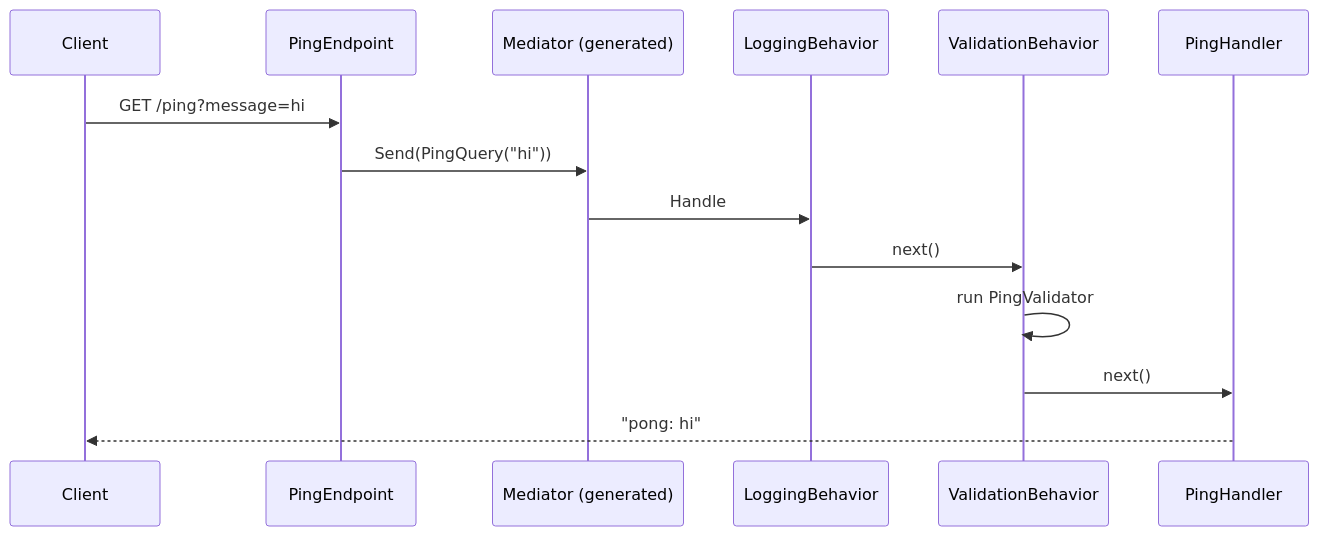
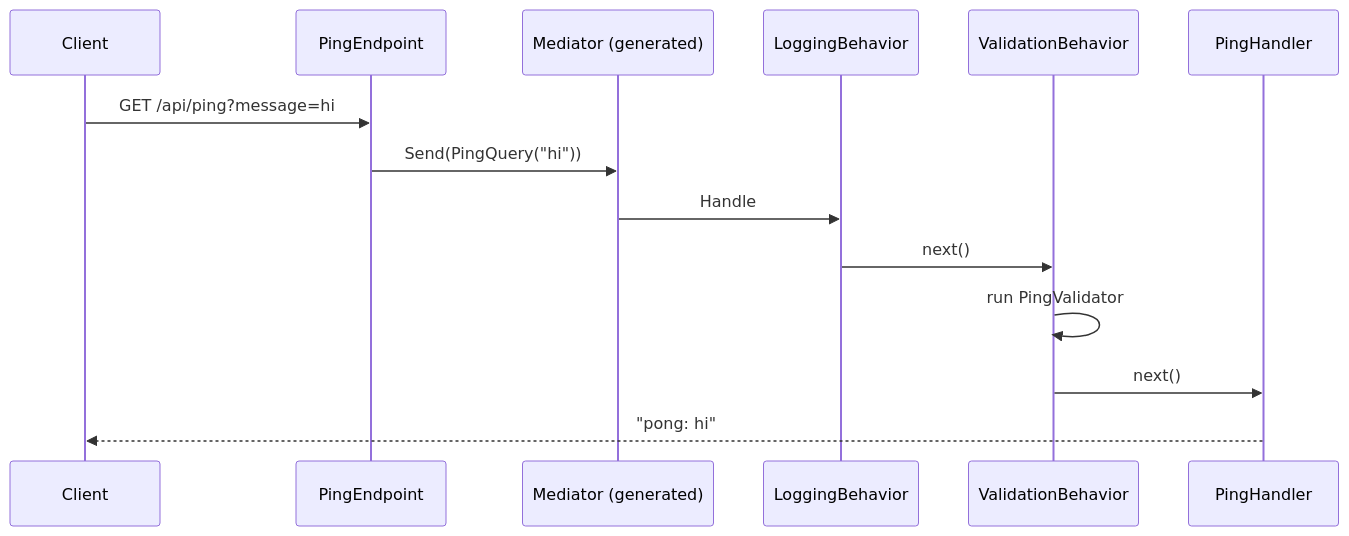
Before and after one commit to Dyastinn/Modular-monolith: the diagram in plan-business-tutorial/02-mediator.md, drawn with Mermaid. The commit also changed other lines of this file and 37 other files, not shown here.

````diff
--- a/plan-business-tutorial/02-mediator.md
+++ b/plan-business-tutorial/02-mediator.md
@@ -312,16 +370,16 @@
 ```mermaid
 sequenceDiagram
   participant C as Client
   participant E as PingEndpoint
   participant M as Mediator (generated)
   participant L as LoggingBehavior
   participant V as ValidationBehavior
   participant H as PingHandler
-  C->>E: GET /ping?message=hi
+  C->>E: GET /api/ping?message=hi
   E->>M: Send(PingQuery("hi"))
   M->>L: Handle
   L->>V: next()
   V->>V: run PingValidator
   V->>H: next()
   H-->>C: "pong: hi"
 ```
````
